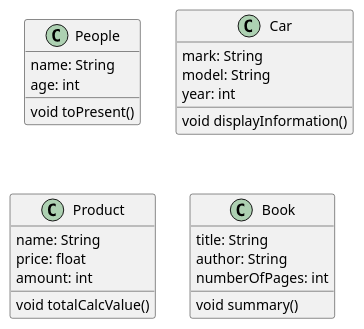
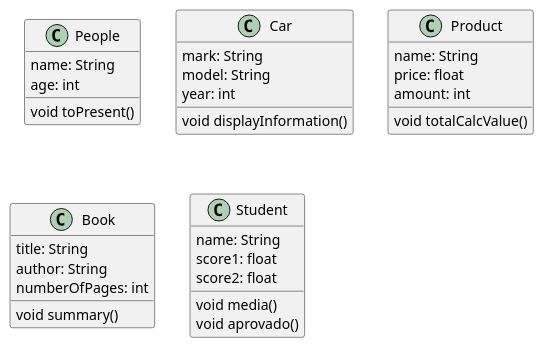
Before and after one commit to vicentejuniordev/poo-java: the diagram in exercise-list-four/docs/Classes.pu, drawn with PlantUML. The commit also changed 4 other files, not shown here.

```diff
--- a/exercise-list-four/docs/Classes.pu
+++ b/exercise-list-four/docs/Classes.pu
@@ -1,34 +1,43 @@
 @startuml List-Four
 
 class People{
     name: String
     age: int
 
     void toPresent()
 }
 
 class Car{
     mark: String
     model: String
     year: int
 
     void displayInformation()
 }
 
 class Product{
     name: String
     price: float
     amount: int
 
     void totalCalcValue()
 }
 
 class Book {
     title: String
     author: String
     numberOfPages: int
 
     void summary()
 }
 
+class Student{
+    name: String
+    score1: float
+    score2: float
+
+    void media()
+    void aprovado()
+}
+
 @enduml
```
